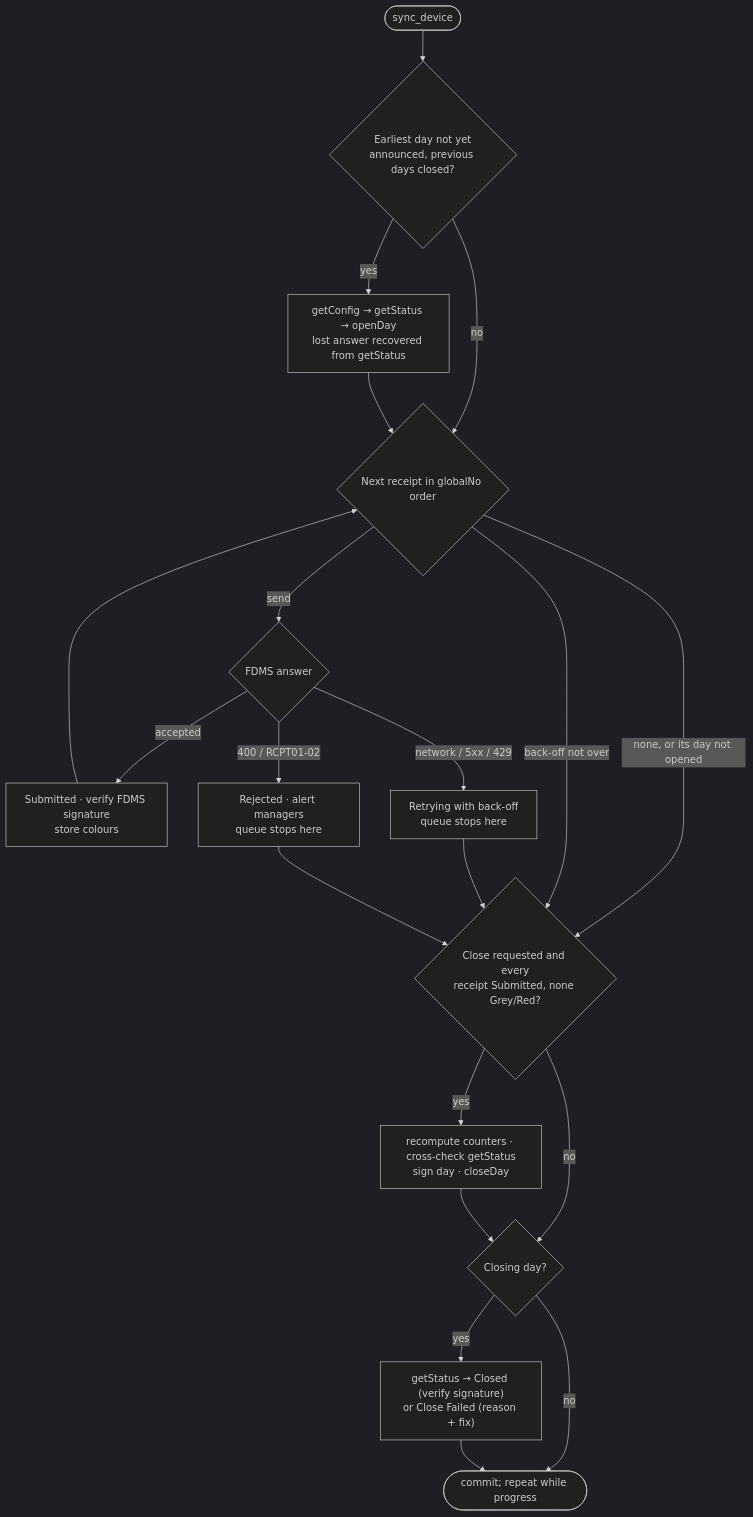
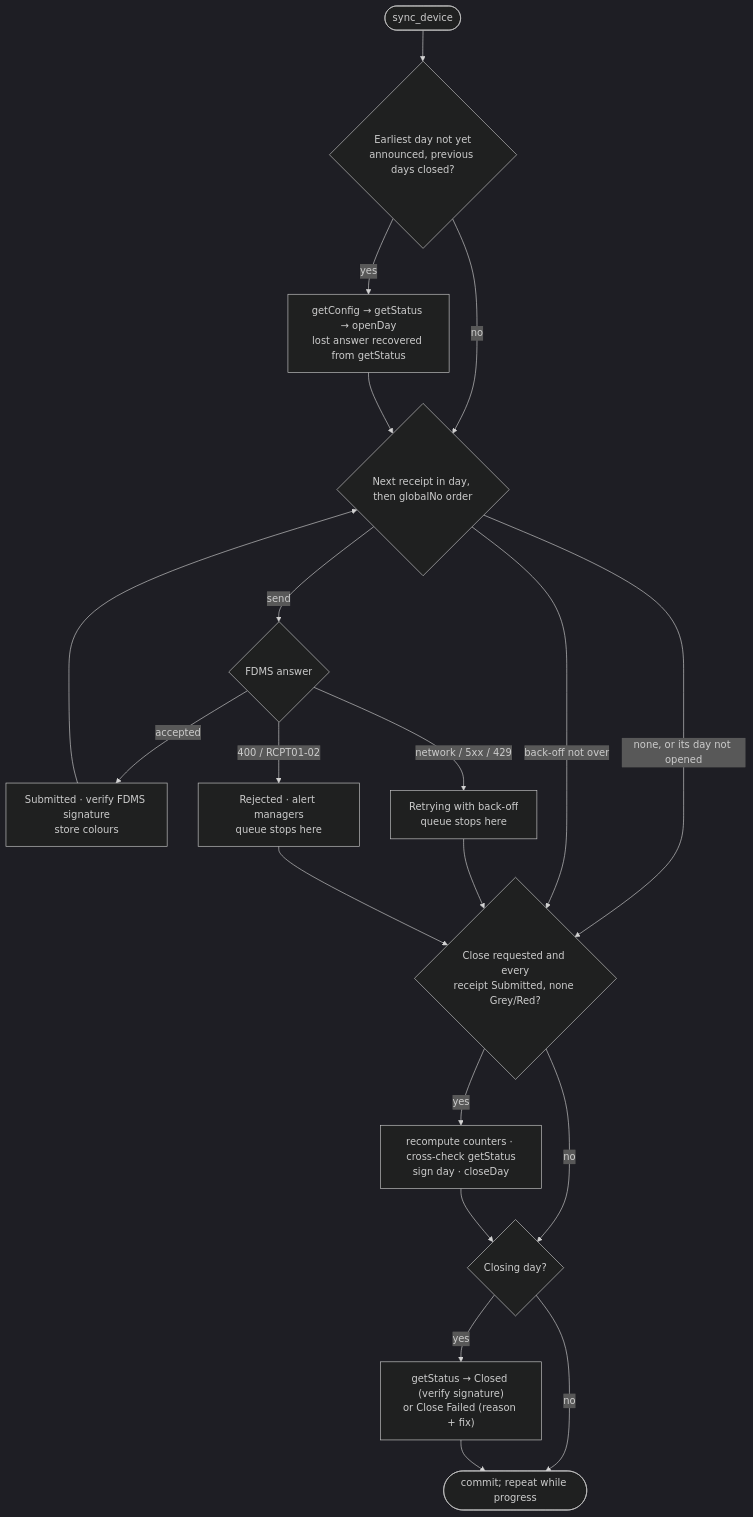
One commit to DonnC/zw_compliance changed the second of 4 diagrams in docs/ARCHITECTURE.md. Above: the diagram before and after it, drawn with Mermaid (dark theme). The commit also changed other lines of this file and 17 other files, not shown here.

First line of the commit message:
feat(fiscalisation): global receipt number reset policy per device

````diff
--- a/docs/ARCHITECTURE.md
+++ b/docs/ARCHITECTURE.md
@@ -128,21 +128,21 @@
 ```mermaid
 flowchart TD
     start(["sync_device"]) --> open{"Earliest day not yet<br/>announced, previous days closed?"}
     open -- yes --> cfg["getConfig → getStatus → openDay<br/>lost answer recovered from getStatus"]
     open -- no --> sub
     cfg --> sub
-    sub{"Next receipt in globalNo order"}
+    sub{"Next receipt in day, then globalNo order"}
     sub -- none, or its day not opened --> close
     sub -- back-off not over --> close
     sub -- send --> res{"FDMS answer"}
     res -- accepted --> ok["Submitted · verify FDMS signature<br/>store colours"] --> sub
     res -- network / 5xx / 429 --> retry["Retrying with back-off<br/>queue stops here"] --> close
     res -- 400 / RCPT01-02 --> rej["Rejected · alert managers<br/>queue stops here"] --> close
     close{"Close requested and every<br/>receipt Submitted, none Grey/Red?"}
     close -- yes --> cd["recompute counters · cross-check getStatus<br/>sign day · closeDay"]
     close -- no --> poll
     cd --> poll{"Closing day?"}
     poll -- yes --> st["getStatus → Closed (verify signature)<br/>or Close Failed (reason + fix)"]
     poll -- no --> done
     st --> done(["commit; repeat while progress"])
 ```
````
